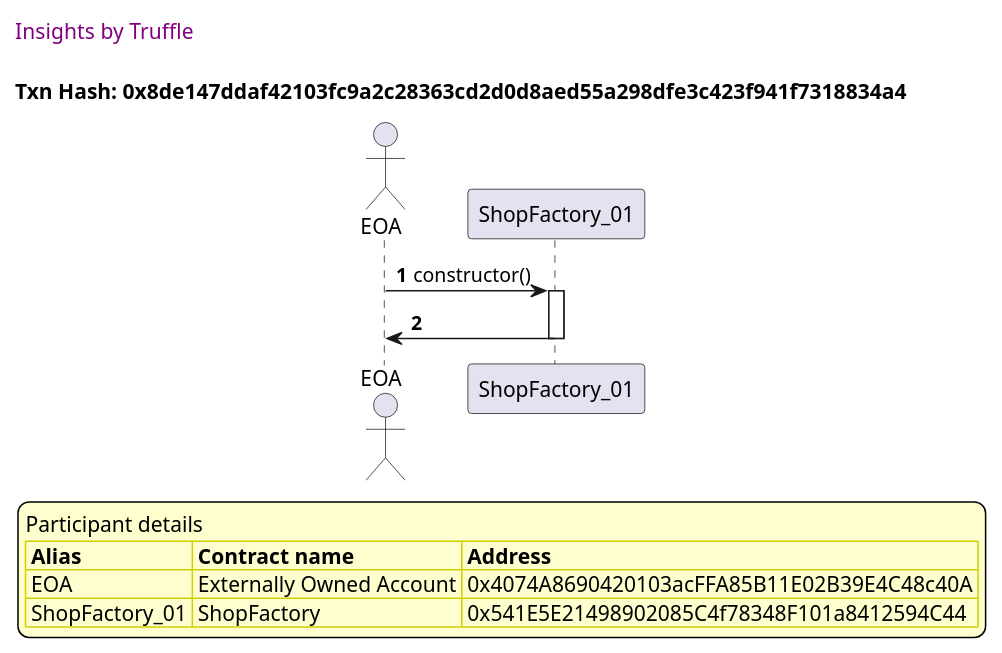
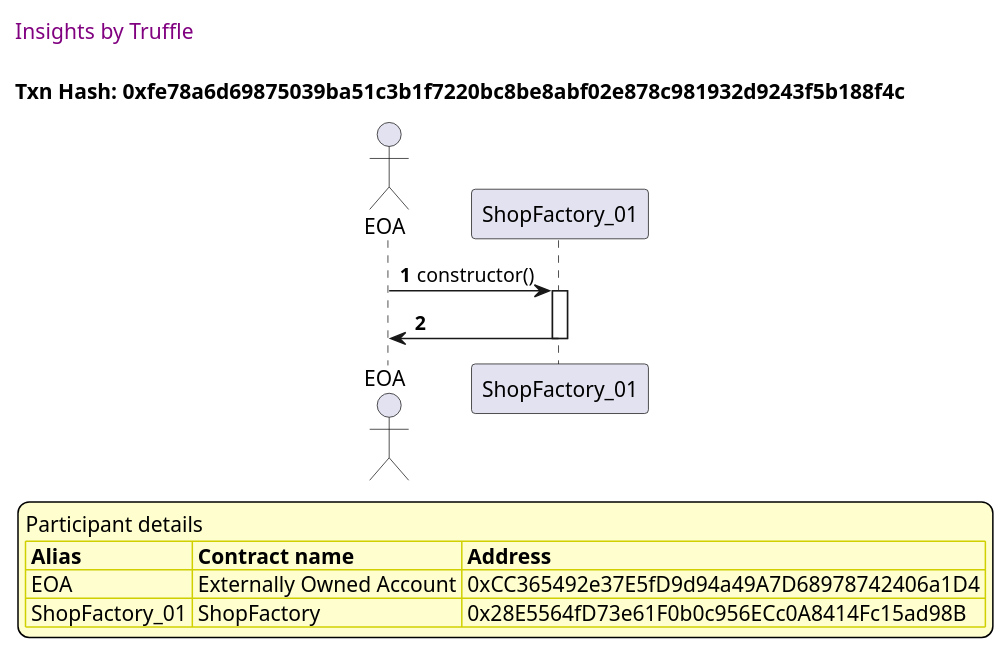
One commit to thedarkjester/ConsensysAssignment changed the third of 58 diagrams in truffle-seq/Shop_test_shopfactory_manage_shop.md. Above: the diagram before and after it, drawn with PlantUML. The commit also changed other lines of this file and 13 other files, not shown here.

````diff
--- a/truffle-seq/Shop_test_shopfactory_manage_shop.md
+++ b/truffle-seq/Shop_test_shopfactory_manage_shop.md
@@ -108,37 +108,37 @@
 ```plantuml
 
 
 @startuml
 
 autonumber
 skinparam legendBackgroundColor #FEFECE
 
 <style>
       header {
         HorizontalAlignment left
         FontColor purple
         FontSize 14
         Padding 10
       }
     </style>
 
 header Insights by Truffle
 
-title Txn Hash: 0x8de147ddaf42103fc9a2c28363cd2d0d8aed55a298dfe3c423f941f7318834a4
+title Txn Hash: 0xfe78a6d69875039ba51c3b1f7220bc8be8abf02e878c981932d9243f5b188f4c
 
 
 actor EOA as "EOA"
 participant ShopFactory_01 as "ShopFactory_01"
 
 "EOA" -> "ShopFactory_01" ++: constructor()
 "ShopFactory_01" -> "EOA" --: 
 
 legend
 Participant details
 <#FEFECE,#D0D000>|= Alias |= Contract name |= Address |
-<#FEFECE>| EOA | Externally Owned Account | 0x4074A8690420103acFFA85B11E02B39E4C48c40A |
-<#FEFECE>| ShopFactory_01 | ShopFactory | 0x541E5E21498902085C4f78348F101a8412594C44 |
+<#FEFECE>| EOA | Externally Owned Account | 0xCC365492e37E5fD9d94a49A7D68978742406a1D4 |
+<#FEFECE>| ShopFactory_01 | ShopFactory | 0x28E5564fD73e61F0b0c956ECc0A8414Fc15ad98B |
 endlegend
 
 @enduml
 ```
````
